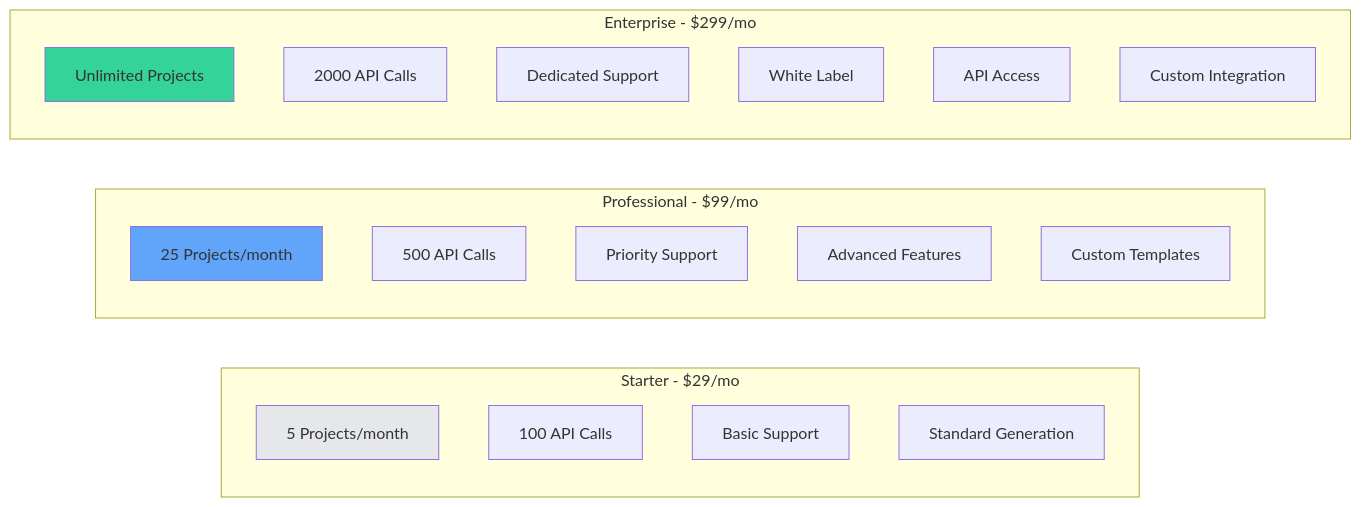
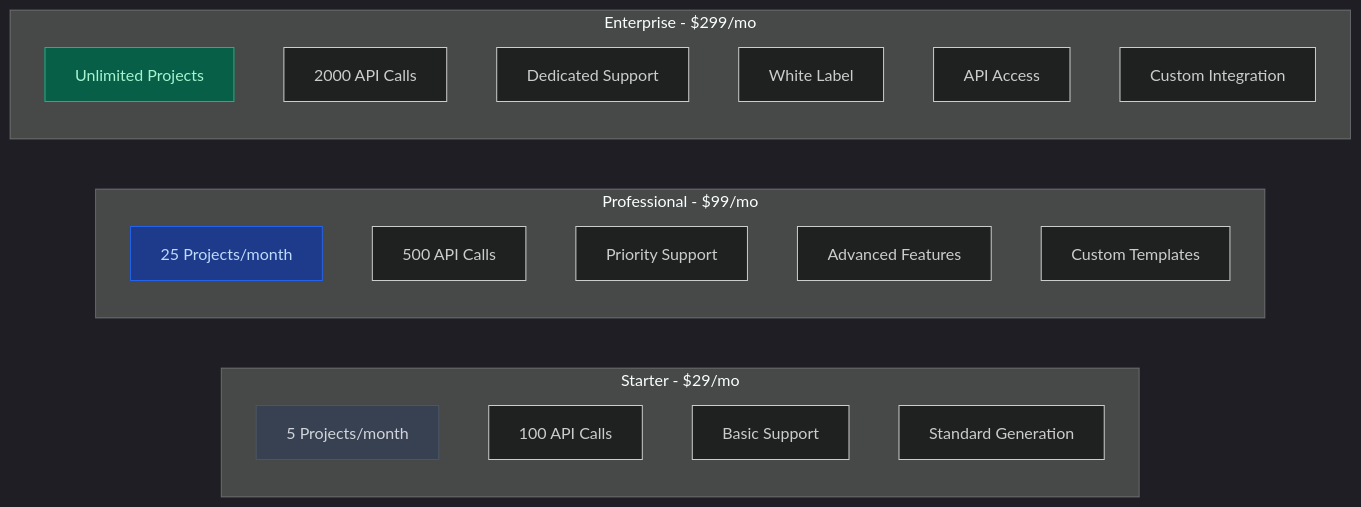
One commit to Tim-Spurlin/MaxaMem changed the third of 6 diagrams in README.md. Above: the diagram before and after it, drawn with Mermaid. The commit also changed other lines of this file, not shown here.

````diff
--- a/README.md
+++ b/README.md
@@ -155,30 +157,31 @@
 ```mermaid
+%%{init: {'theme':'dark'}}%%
 graph LR
     subgraph "Starter - $29/mo"
         S1[5 Projects/month]
         S2[100 API Calls]
         S3[Basic Support]
         S4[Standard Generation]
     end
     
     subgraph "Professional - $99/mo"
         P1[25 Projects/month]
         P2[500 API Calls]
         P3[Priority Support]
         P4[Advanced Features]
         P5[Custom Templates]
     end
     
     subgraph "Enterprise - $299/mo"
         E1[Unlimited Projects]
         E2[2000 API Calls]
         E3[Dedicated Support]
         E4[White Label]
         E5[API Access]
         E6[Custom Integration]
     end
     
-    style S1 fill:#E5E7EB
-    style P1 fill:#60A5FA
-    style E1 fill:#34D399
+    style S1 fill:#374151,stroke:#4B5563,color:#D1D5DB
+    style P1 fill:#1E3A8A,stroke:#2563EB,color:#BFDBFE
+    style E1 fill:#065F46,stroke:#10B981,color:#A7F3D0
 ```
````
